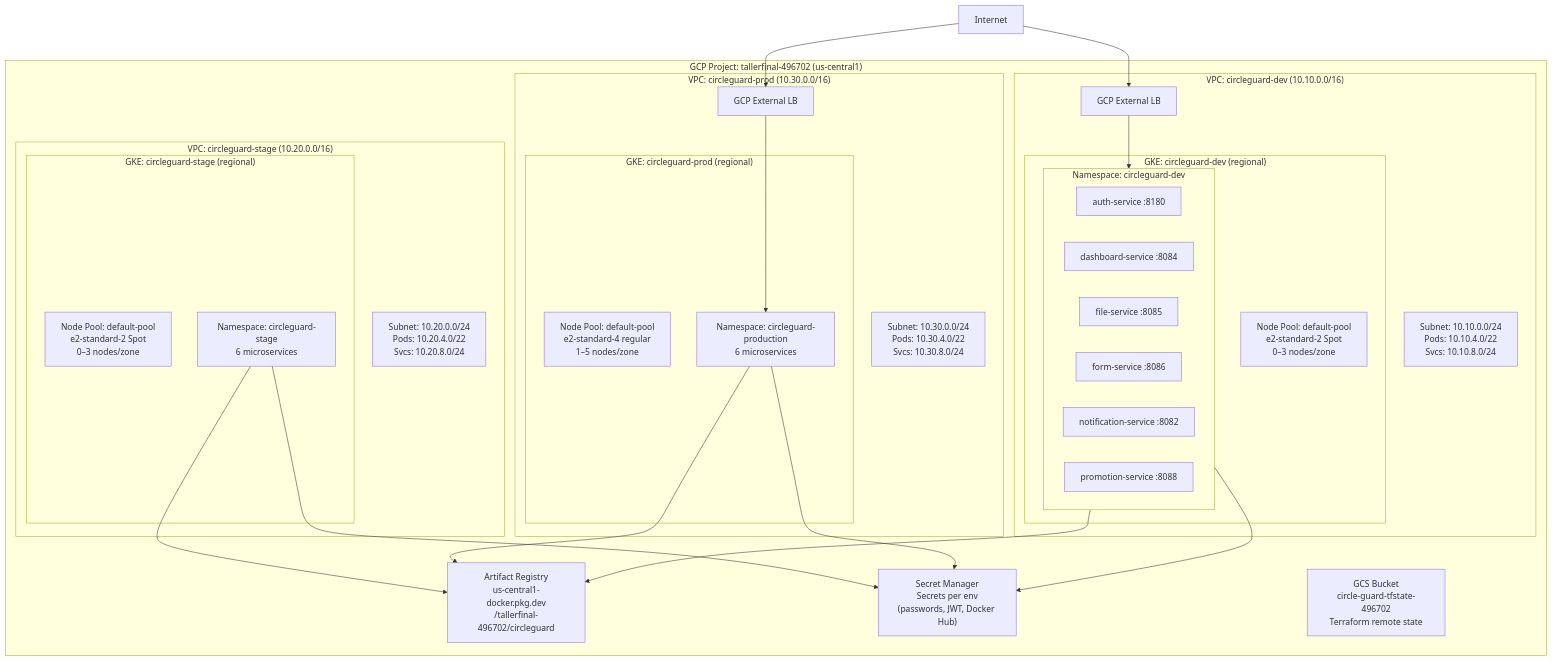
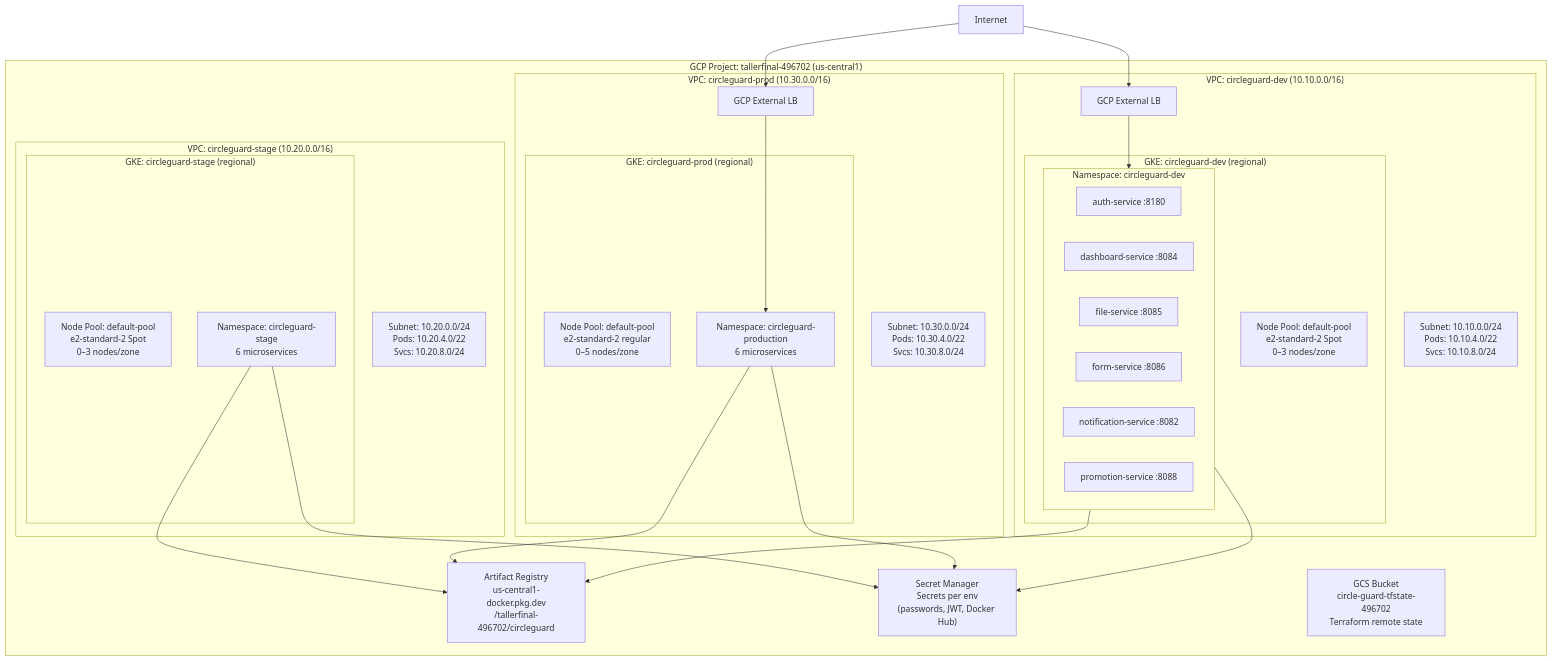
Before and after one commit to David104087/circle-guard-public: the diagram in docs/diagrams/infrastructure.md, drawn with Mermaid. The commit also changed 4 other files, not shown here.

````diff
--- a/docs/diagrams/infrastructure.md
+++ b/docs/diagrams/infrastructure.md
@@ -7,54 +7,54 @@
 ```mermaid
 graph TB
     subgraph GCP["GCP Project: tallerfinal-496702 (us-central1)"]
 
         AR["Artifact Registry\nus-central1-docker.pkg.dev\n/tallerfinal-496702/circleguard"]
         SM["Secret Manager\nSecrets per env\n(passwords, JWT, Docker Hub)"]
         GCS["GCS Bucket\ncircle-guard-tfstate-496702\nTerraform remote state"]
 
         subgraph DEV["VPC: circleguard-dev (10.10.0.0/16)"]
             SN_DEV["Subnet: 10.10.0.0/24\nPods: 10.10.4.0/22\nSvcs: 10.10.8.0/24"]
             subgraph GKE_DEV["GKE: circleguard-dev (regional)"]
                 NP_DEV["Node Pool: default-pool\ne2-standard-2 Spot\n0–3 nodes/zone"]
                 subgraph NS_DEV["Namespace: circleguard-dev"]
                     AUTH_D["auth-service :8180"]
                     DASH_D["dashboard-service :8084"]
                     FILE_D["file-service :8085"]
                     FORM_D["form-service :8086"]
                     NOTIF_D["notification-service :8082"]
                     PROMO_D["promotion-service :8088"]
                 end
             end
             LB_DEV["GCP External LB"]
         end
 
         subgraph STAGE["VPC: circleguard-stage (10.20.0.0/16)"]
             SN_STG["Subnet: 10.20.0.0/24\nPods: 10.20.4.0/22\nSvcs: 10.20.8.0/24"]
             subgraph GKE_STG["GKE: circleguard-stage (regional)"]
                 NP_STG["Node Pool: default-pool\ne2-standard-2 Spot\n0–3 nodes/zone"]
                 NS_STG["Namespace: circleguard-stage\n6 microservices"]
             end
         end
 
         subgraph PROD["VPC: circleguard-prod (10.30.0.0/16)"]
             SN_PRD["Subnet: 10.30.0.0/24\nPods: 10.30.4.0/22\nSvcs: 10.30.8.0/24"]
             subgraph GKE_PRD["GKE: circleguard-prod (regional)"]
-                NP_PRD["Node Pool: default-pool\ne2-standard-4 regular\n1–5 nodes/zone"]
+                NP_PRD["Node Pool: default-pool\ne2-standard-2 regular\n0–5 nodes/zone"]
                 NS_PRD["Namespace: circleguard-production\n6 microservices"]
             end
             LB_PRD["GCP External LB"]
         end
 
     end
 
     Internet --> LB_DEV
     Internet --> LB_PRD
     LB_DEV --> NS_DEV
     LB_PRD --> NS_PRD
     NS_DEV --> AR
     NS_STG --> AR
     NS_PRD --> AR
     NS_DEV --> SM
     NS_STG --> SM
     NS_PRD --> SM
 ```
````
